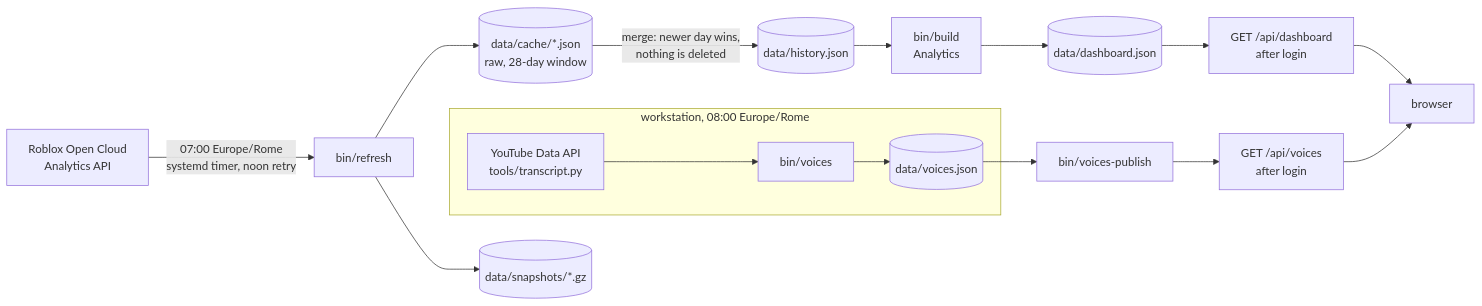
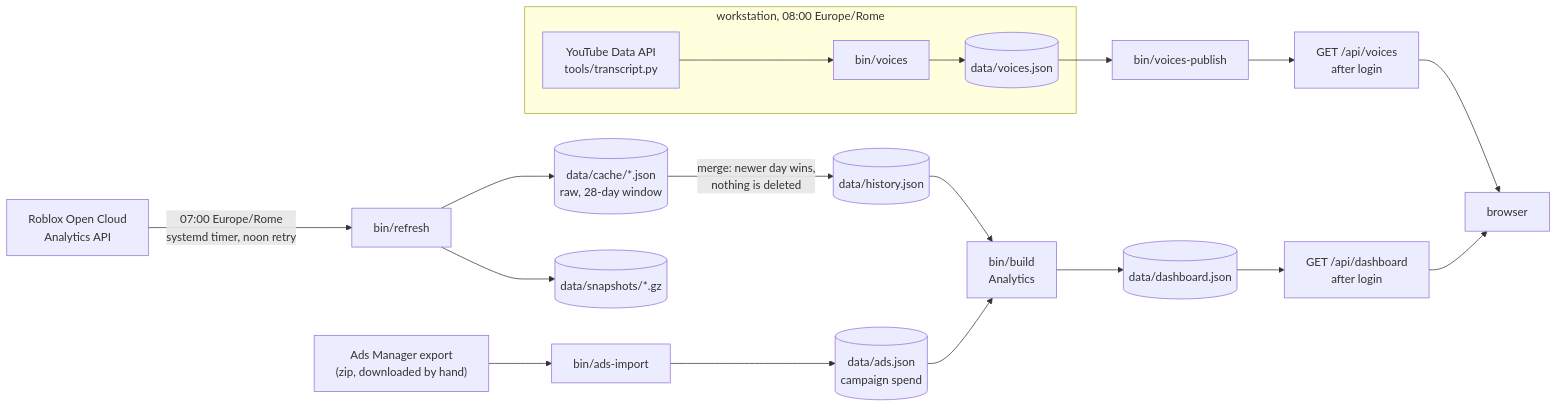
One commit to sr4atena/SR4Atena changed the first of 4 diagrams in docs/ARCHITECTURE.md. Above: the diagram before and after it, drawn with Mermaid. The commit also changed other lines of this file and 20 other files, not shown here.

````diff
--- a/docs/ARCHITECTURE.md
+++ b/docs/ARCHITECTURE.md
@@ -13,19 +13,22 @@
 ```mermaid
 flowchart LR
   API["Roblox Open Cloud<br/>Analytics API"] -->|"07:00 Europe/Rome<br/>systemd timer, noon retry"| REF["bin/refresh"]
   REF --> CACHE[("data/cache/*.json<br/>raw, 28-day window")]
   REF --> SNAP[("data/snapshots/*.gz")]
   CACHE -->|"merge: newer day wins,<br/>nothing is deleted"| HIST[("data/history.json")]
   HIST --> BUILD["bin/build<br/>Analytics"]
+  EXP["Ads Manager export<br/>(zip, downloaded by hand)"] --> IMP["bin/ads-import"]
+  IMP --> ADS[("data/ads.json<br/>campaign spend")]
+  ADS --> BUILD
   BUILD --> DASH[("data/dashboard.json")]
   DASH --> RD["GET /api/dashboard<br/>after login"]
   RD --> BR["browser"]
 
   subgraph WS["workstation, 08:00 Europe/Rome"]
     YT["YouTube Data API<br/>tools/transcript.py"] --> VOI["bin/voices"]
     VOI --> VJ[("data/voices.json")]
   end
   VJ --> PUB["bin/voices-publish"]
   PUB --> RV["GET /api/voices<br/>after login"]
   RV --> BR
 ```
````
